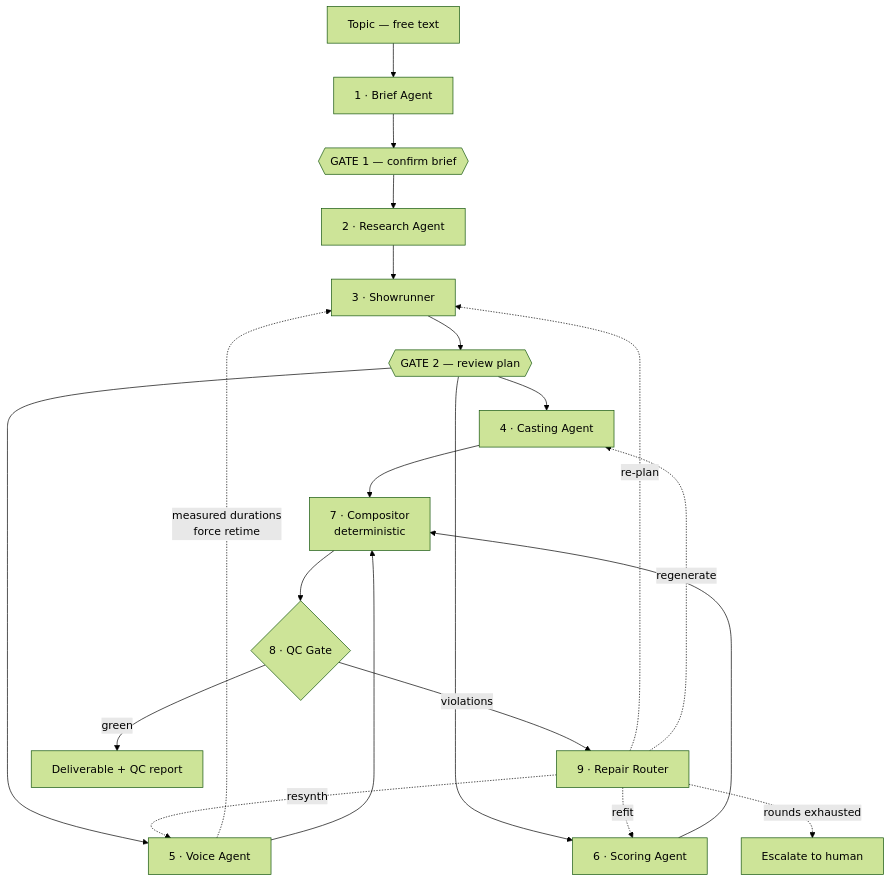
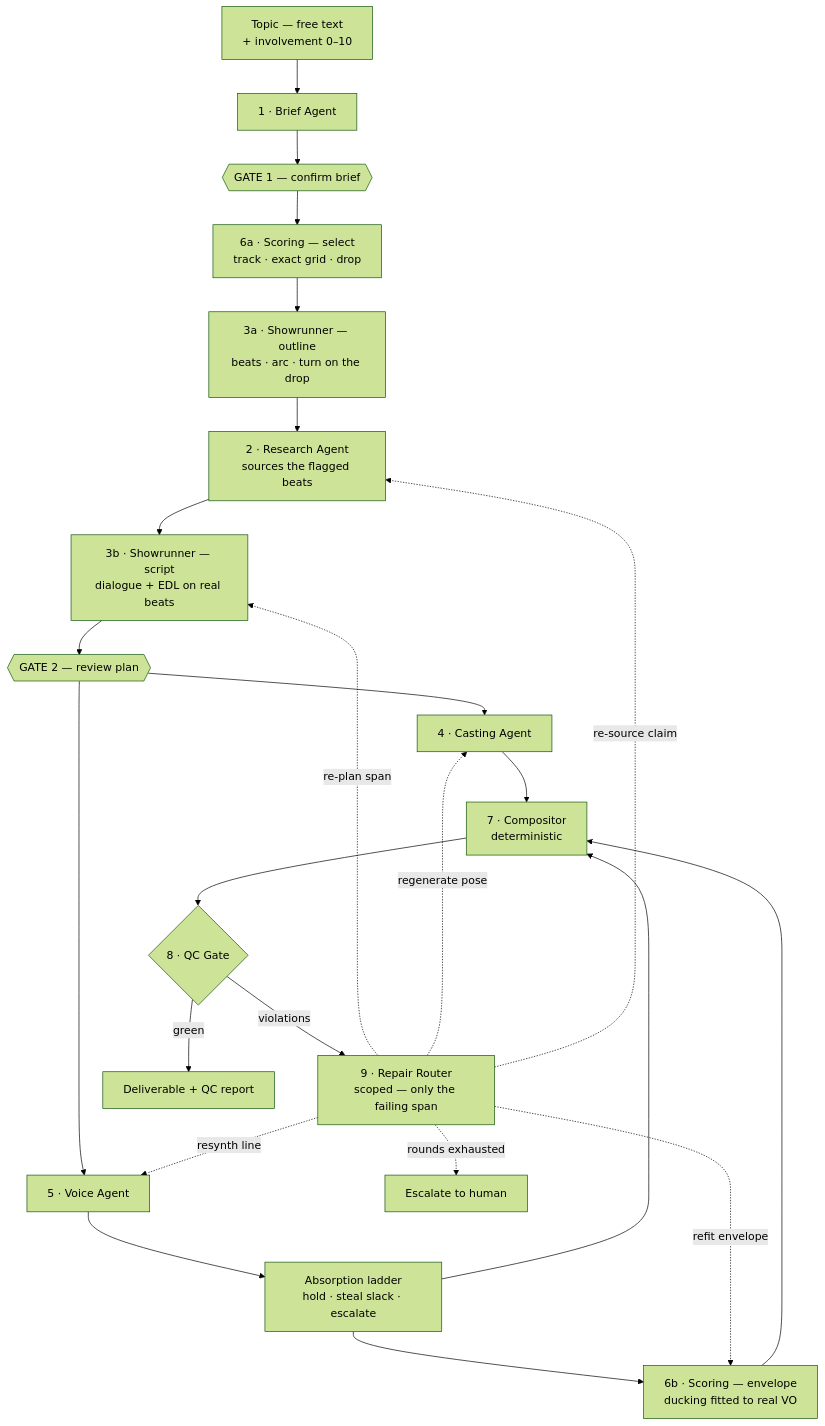
One commit to ypatodkar/real-agent changed the first of 4 diagrams in ARCHITECTURE.md. Above: the diagram before and after it, drawn with Mermaid (forest theme). The commit also changed other lines of this file and 2 other files, not shown here.

First line of the commit message:
Revise architecture: music-first ordering, split Showrunner, scoped repairs

````diff
--- a/ARCHITECTURE.md
+++ b/ARCHITECTURE.md
@@ -72,23 +97,26 @@
 ```mermaid
 flowchart TD
-    U["Topic — free text"] --> A1["1 · Brief Agent"]
+    U["Topic — free text<br/>+ involvement 0–10"] --> A1["1 · Brief Agent"]
     A1 --> G1{{"GATE 1 — confirm brief"}}
-    G1 --> A2["2 · Research Agent"]
-    A2 --> A3["3 · Showrunner"]
-    A3 --> G2{{"GATE 2 — review plan"}}
+    G1 --> A6A["6a · Scoring — select<br/>track · exact grid · drop"]
+    A6A --> A3A["3a · Showrunner — outline<br/>beats · arc · turn on the drop"]
+    A3A --> A2["2 · Research Agent<br/>sources the flagged beats"]
+    A2 --> A3B["3b · Showrunner — script<br/>dialogue + EDL on real beats"]
+    A3B --> G2{{"GATE 2 — review plan"}}
     G2 --> A4["4 · Casting Agent"]
     G2 --> A5["5 · Voice Agent"]
-    G2 --> A6["6 · Scoring Agent"]
-    A5 -. "measured durations<br/>force retime" .-> A3
+    A5 --> AL["Absorption ladder<br/>hold · steal slack · escalate"]
+    AL --> A6B["6b · Scoring — envelope<br/>ducking fitted to real VO"]
     A4 --> CP["7 · Compositor<br/>deterministic"]
-    A5 --> CP
-    A6 --> CP
+    AL --> CP
+    A6B --> CP
     CP --> QC{"8 · QC Gate"}
-    QC -- "violations" --> RR["9 · Repair Router"]
-    RR -. "re-plan" .-> A3
-    RR -. "regenerate" .-> A4
-    RR -. "resynth" .-> A5
-    RR -. "refit" .-> A6
+    QC -- "violations" --> RR["9 · Repair Router<br/>scoped — only the failing span"]
+    RR -. "re-plan span" .-> A3B
+    RR -. "regenerate pose" .-> A4
+    RR -. "resynth line" .-> A5
+    RR -. "refit envelope" .-> A6B
+    RR -. "re-source claim" .-> A2
     RR -. "rounds exhausted" .-> HU["Escalate to human"]
     QC -- "green" --> OUT["Deliverable + QC report"]
 ```
````
